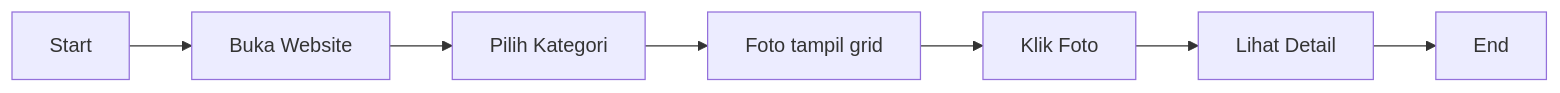
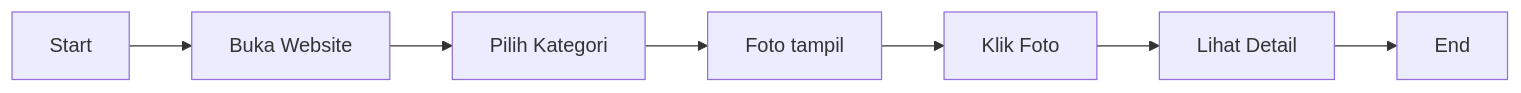
The second of 3 diagrams in DOCUMENTATION.md (IrhamAbdulWahid/galeri-foto), drawn with Mermaid before and after one commit. The commit also changed other lines of this file and 346 other files, not shown here.

````diff
--- a/DOCUMENTATION.md
+++ b/DOCUMENTATION.md
@@ -67,9 +63,9 @@
 ```mermaid
 flowchart LR
 A[Start] --> B[Buka Website]
 B --> C[Pilih Kategori]
-C --> D[Foto tampil grid]
+C --> D[Foto tampil]
 D --> E[Klik Foto]
 E --> F[Lihat Detail]
 F --> G[End]
 ```
````
